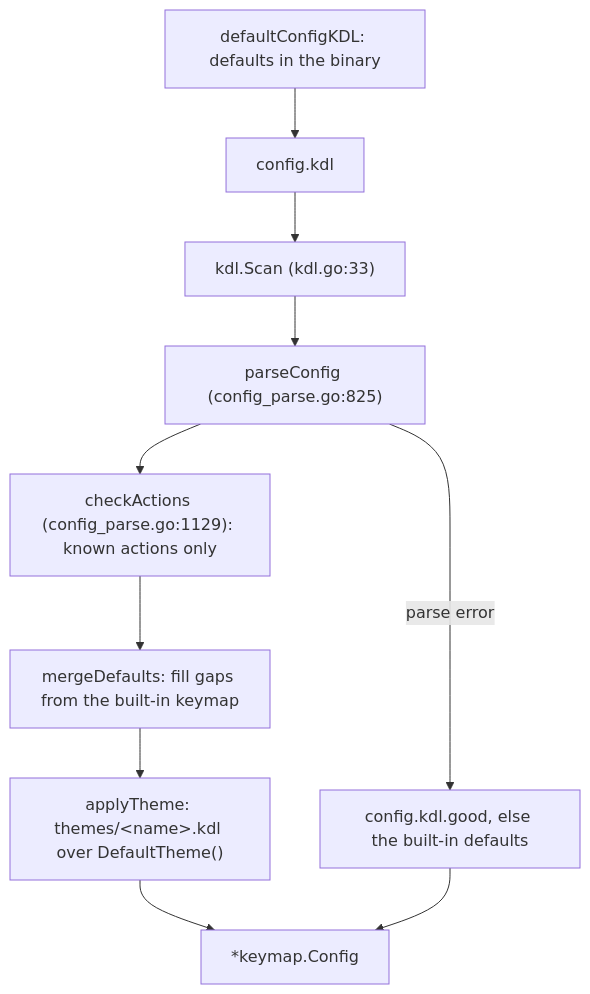
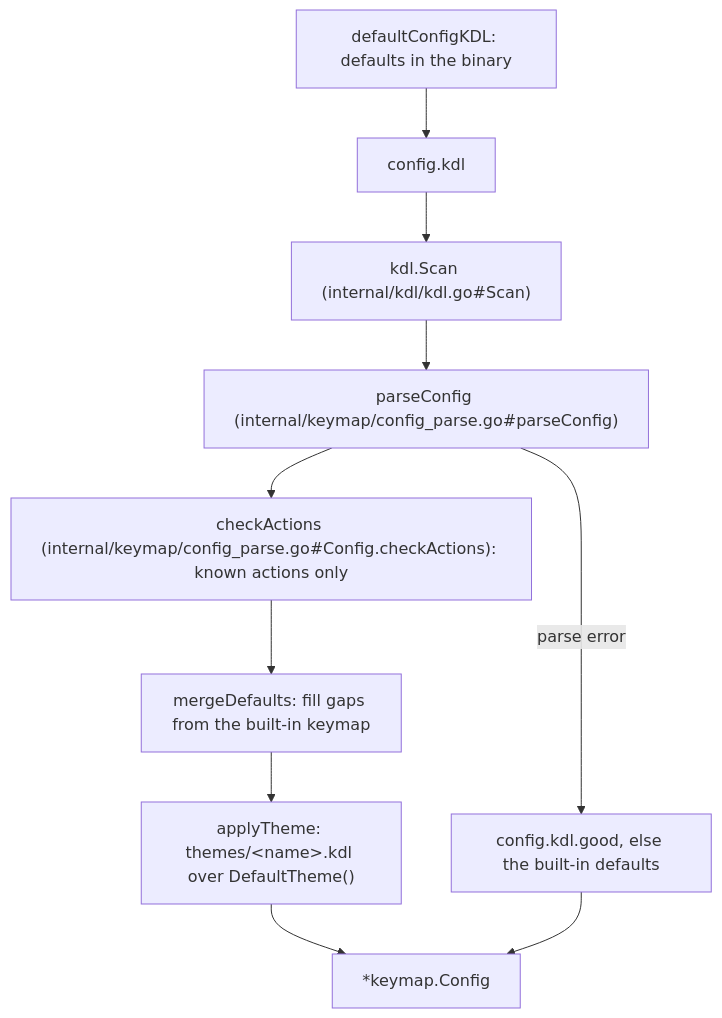
Before and after one commit to ladydascalie/dm: the second of 2 diagrams in docs/internals/10-config.md, drawn with Mermaid. The commit also changed other lines of this file and 15 other files, not shown here.

````diff
--- a/docs/internals/10-config.md
+++ b/docs/internals/10-config.md
@@ -108,12 +108,12 @@
 ```mermaid
 flowchart TD
   A["defaultConfigKDL: defaults in the binary"] --> B["config.kdl"]
-  B --> C["kdl.Scan (kdl.go:33)"]
-  C --> D["parseConfig (config_parse.go:825)"]
-  D --> E["checkActions (config_parse.go:1129): known actions only"]
+  B --> C["kdl.Scan (internal/kdl/kdl.go#Scan)"]
+  C --> D["parseConfig (internal/keymap/config_parse.go#parseConfig)"]
+  D --> E["checkActions (internal/keymap/config_parse.go#Config.checkActions): known actions only"]
   E --> F["mergeDefaults: fill gaps from the built-in keymap"]
   F --> G["applyTheme: themes/&lt;name&gt;.kdl over DefaultTheme()"]
   G --> H["*keymap.Config"]
   D -->|"parse error"| I["config.kdl.good, else the built-in defaults"]
   I --> H
 ```
````
